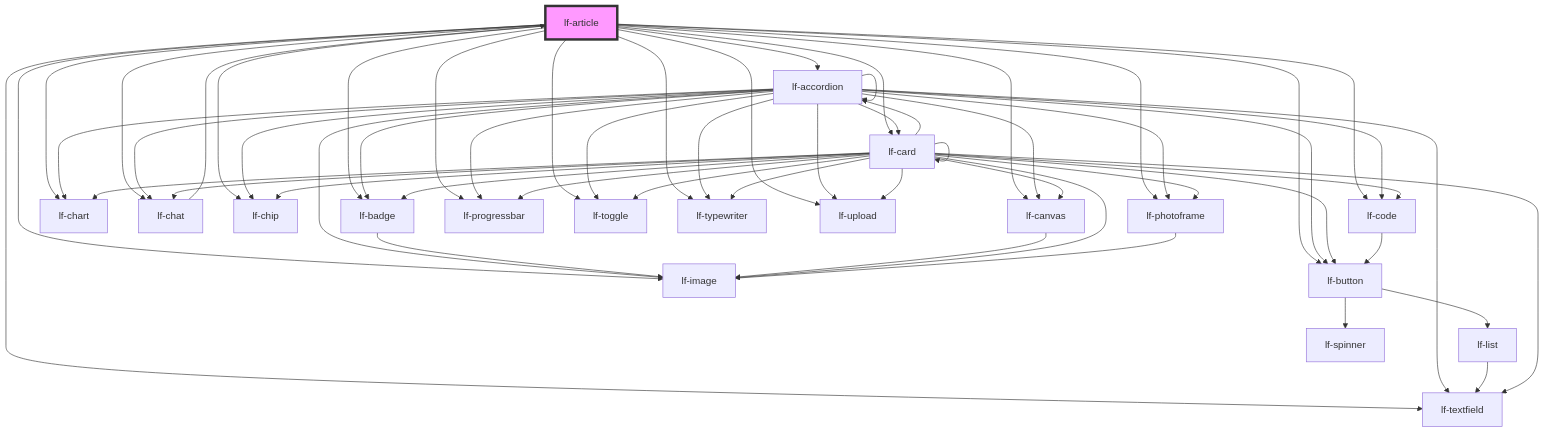
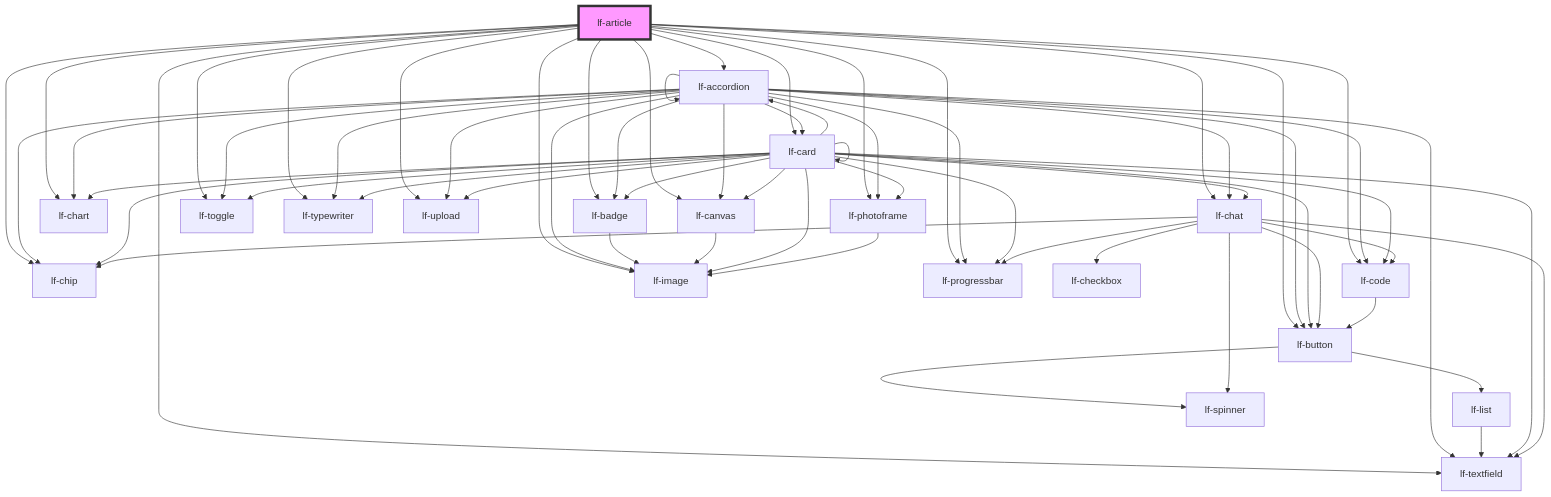
Before and after one commit to lucafoscili/lf-widgets: the diagram in packages/core/src/components/lf-article/readme.md, drawn with Mermaid. The commit also changed other lines of this file and 21 other files, not shown here.

````diff
--- a/packages/core/src/components/lf-article/readme.md
+++ b/packages/core/src/components/lf-article/readme.md
@@ -143,60 +139,66 @@
 ```mermaid
 graph TD;
   lf-article --> lf-accordion
   lf-article --> lf-badge
   lf-article --> lf-button
   lf-article --> lf-canvas
   lf-article --> lf-card
   lf-article --> lf-chart
   lf-article --> lf-chat
   lf-article --> lf-chip
   lf-article --> lf-code
   lf-article --> lf-image
   lf-article --> lf-photoframe
   lf-article --> lf-progressbar
   lf-article --> lf-textfield
   lf-article --> lf-toggle
   lf-article --> lf-typewriter
   lf-article --> lf-upload
   lf-accordion --> lf-accordion
   lf-accordion --> lf-badge
   lf-accordion --> lf-button
   lf-accordion --> lf-canvas
   lf-accordion --> lf-card
   lf-accordion --> lf-chart
   lf-accordion --> lf-chat
   lf-accordion --> lf-chip
   lf-accordion --> lf-code
   lf-accordion --> lf-image
   lf-accordion --> lf-photoframe
   lf-accordion --> lf-progressbar
   lf-accordion --> lf-textfield
   lf-accordion --> lf-toggle
   lf-accordion --> lf-typewriter
   lf-accordion --> lf-upload
   lf-badge --> lf-image
   lf-button --> lf-list
   lf-button --> lf-spinner
   lf-list --> lf-textfield
   lf-canvas --> lf-image
   lf-card --> lf-accordion
   lf-card --> lf-badge
   lf-card --> lf-button
   lf-card --> lf-canvas
   lf-card --> lf-card
   lf-card --> lf-chart
   lf-card --> lf-chat
   lf-card --> lf-chip
   lf-card --> lf-code
   lf-card --> lf-image
   lf-card --> lf-photoframe
   lf-card --> lf-progressbar
   lf-card --> lf-textfield
   lf-card --> lf-toggle
   lf-card --> lf-typewriter
   lf-card --> lf-upload
-  lf-chat --> lf-article
+  lf-chat --> lf-chip
+  lf-chat --> lf-button
+  lf-chat --> lf-textfield
+  lf-chat --> lf-spinner
+  lf-chat --> lf-code
+  lf-chat --> lf-progressbar
+  lf-chat --> lf-checkbox
   lf-code --> lf-button
   lf-photoframe --> lf-image
   style lf-article fill:#f9f,stroke:#333,stroke-width:4px
 ```
````
